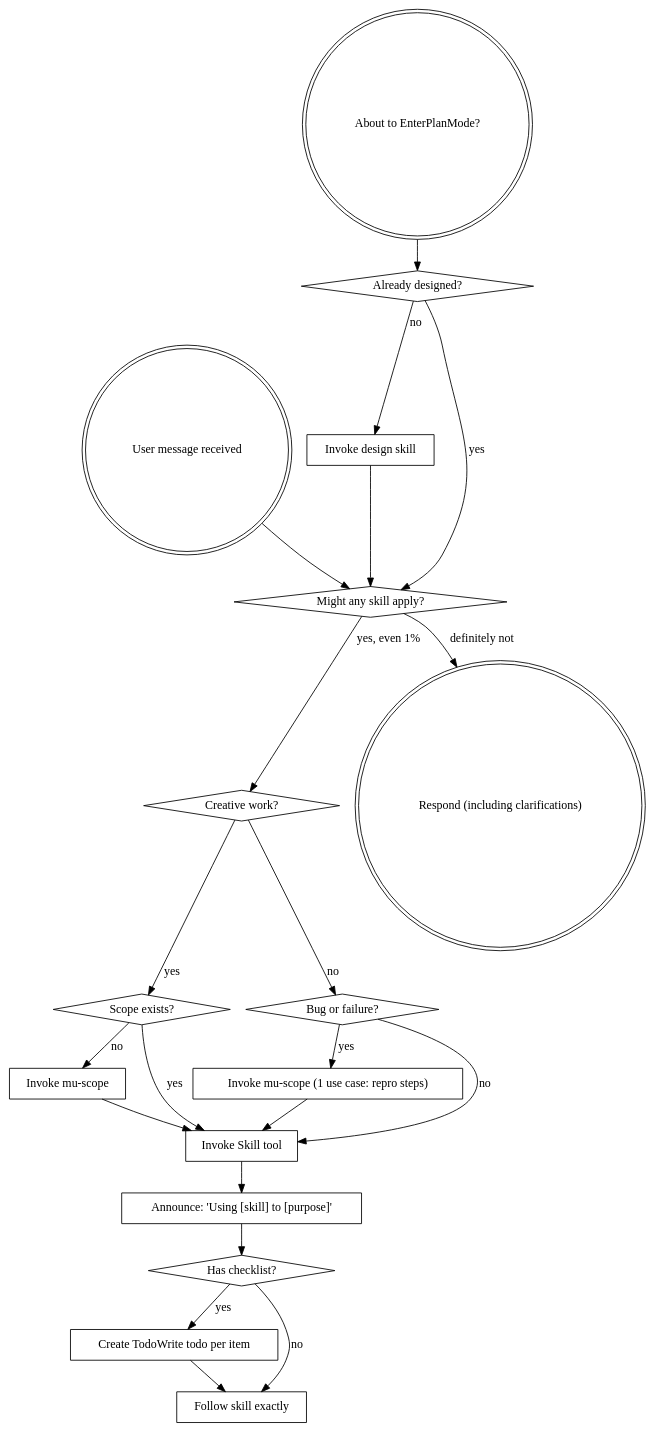
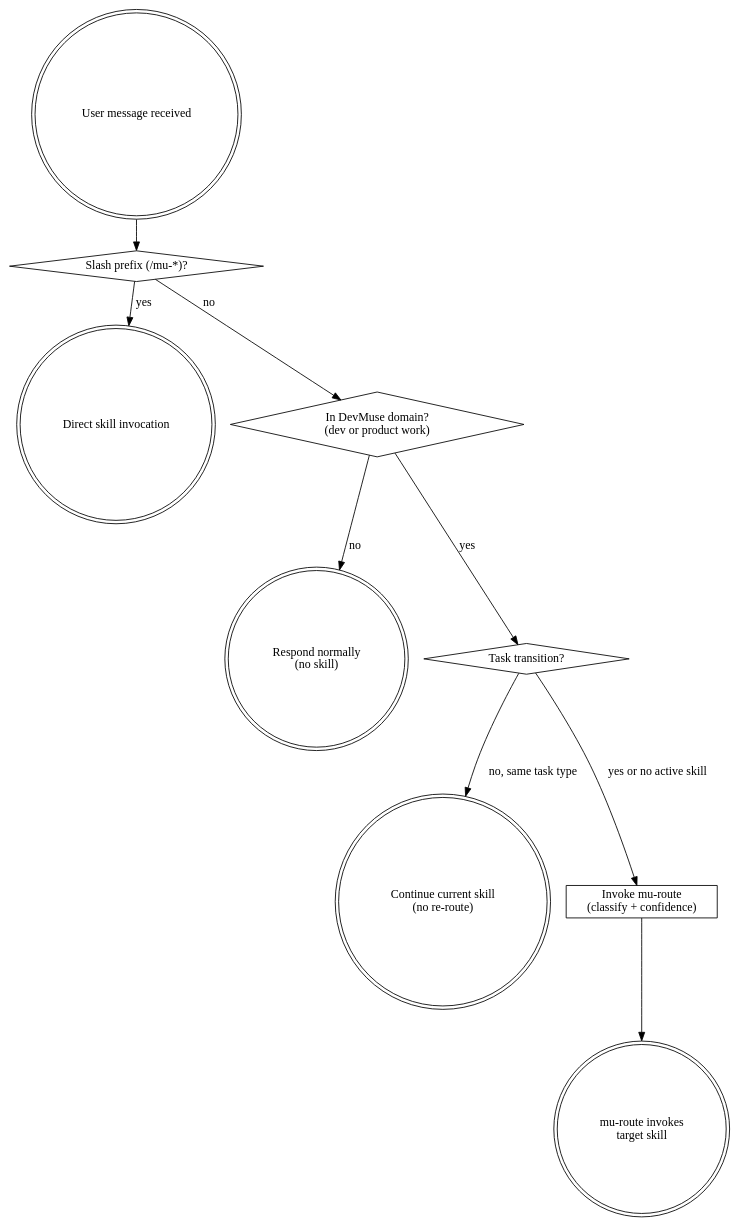
One commit to knotmark-ai/devmuse changed the diagram in rules/bootstrap.md. Above: the diagram before and after it, drawn with Graphviz. The commit also changed other lines of this file and 50 other files, not shown here.

````diff
--- a/rules/bootstrap.md
+++ b/rules/bootstrap.md
@@ -38,42 +48,22 @@
 ```dot
 digraph skill_flow {
     "User message received" [shape=doublecircle];
-    "About to EnterPlanMode?" [shape=doublecircle];
-    "Already designed?" [shape=diamond];
-    "Invoke design skill" [shape=box];
-    "Might any skill apply?" [shape=diamond];
-    "Creative work?" [shape=diamond];
-    "Scope exists?" [shape=diamond];
-    "Bug or failure?" [shape=diamond];
-    "Invoke mu-scope (1 use case: repro steps)" [shape=box];
-    "Invoke mu-scope" [shape=box];
-    "Invoke Skill tool" [shape=box];
-    "Announce: 'Using [skill] to [purpose]'" [shape=box];
-    "Has checklist?" [shape=diamond];
-    "Create TodoWrite todo per item" [shape=box];
-    "Follow skill exactly" [shape=box];
-    "Respond (including clarifications)" [shape=doublecircle];
+    "Slash prefix (/mu-*)?" [shape=diamond];
+    "Direct skill invocation" [shape=doublecircle];
+    "In DevMuse domain?\n(dev or product work)" [shape=diamond];
+    "Respond normally\n(no skill)" [shape=doublecircle];
+    "Task transition?" [shape=diamond];
+    "Continue current skill\n(no re-route)" [shape=doublecircle];
+    "Invoke mu-route\n(classify + confidence)" [shape=box];
+    "mu-route invokes\ntarget skill" [shape=doublecircle];
 
-    "About to EnterPlanMode?" -> "Already designed?";
-    "Already designed?" -> "Invoke design skill" [label="no"];
-    "Already designed?" -> "Might any skill apply?" [label="yes"];
-    "Invoke design skill" -> "Might any skill apply?";
-
-    "User message received" -> "Might any skill apply?";
-    "Might any skill apply?" -> "Creative work?" [label="yes, even 1%"];
-    "Might any skill apply?" -> "Respond (including clarifications)" [label="definitely not"];
-    "Creative work?" -> "Scope exists?" [label="yes"];
-    "Creative work?" -> "Bug or failure?" [label="no"];
-    "Scope exists?" -> "Invoke mu-scope" [label="no"];
-    "Scope exists?" -> "Invoke Skill tool" [label="yes"];
-    "Bug or failure?" -> "Invoke mu-scope (1 use case: repro steps)" [label="yes"];
-    "Bug or failure?" -> "Invoke Skill tool" [label="no"];
-    "Invoke mu-scope" -> "Invoke Skill tool";
-    "Invoke mu-scope (1 use case: repro steps)" -> "Invoke Skill tool";
-    "Invoke Skill tool" -> "Announce: 'Using [skill] to [purpose]'";
-    "Announce: 'Using [skill] to [purpose]'" -> "Has checklist?";
-    "Has checklist?" -> "Create TodoWrite todo per item" [label="yes"];
-    "Has checklist?" -> "Follow skill exactly" [label="no"];
-    "Create TodoWrite todo per item" -> "Follow skill exactly";
+    "User message received" -> "Slash prefix (/mu-*)?";
+    "Slash prefix (/mu-*)?" -> "Direct skill invocation" [label="yes"];
+    "Slash prefix (/mu-*)?" -> "In DevMuse domain?\n(dev or product work)" [label="no"];
+    "In DevMuse domain?\n(dev or product work)" -> "Respond normally\n(no skill)" [label="no"];
+    "In DevMuse domain?\n(dev or product work)" -> "Task transition?" [label="yes"];
+    "Task transition?" -> "Invoke mu-route\n(classify + confidence)" [label="yes or no active skill"];
+    "Task transition?" -> "Continue current skill\n(no re-route)" [label="no, same task type"];
+    "Invoke mu-route\n(classify + confidence)" -> "mu-route invokes\ntarget skill";
 }
 ```
````
